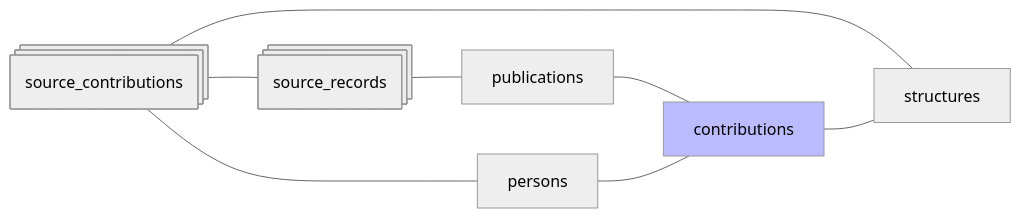
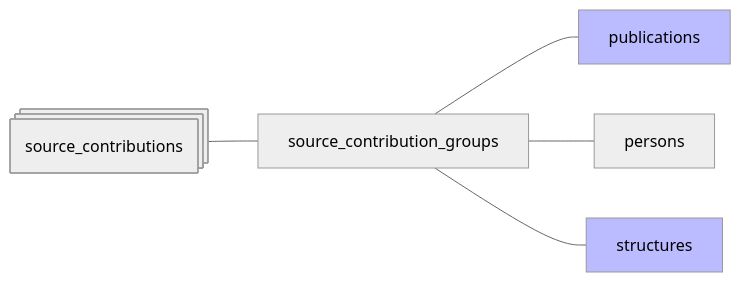
Before and after one commit to Y33sha/bibliometrie-uca: the diagram in docs/pipeline/09-contributions.md, drawn with Mermaid (neutral theme). The commit also changed other lines of this file and 49 other files, not shown here.

````diff
--- a/docs/pipeline/09-contributions.md
+++ b/docs/pipeline/09-contributions.md
@@ -5,12 +5,9 @@
 ```mermaid
 flowchart LR
-    F@{shape: procs, label: "source_contributions"}---E
-    E@{shape: procs, label: "source_records"}---A
-    F---C
-    F---D
-    A[publications]---B[contributions]
-    C[persons]---B
-    B---D[structures]
+    F@{shape: procs, label: "source_contributions"}---G
+    G[source_contribution_groups]---A[publications]
+    G---C[persons]
+    G---D[structures]
     classDef new  fill:#bbf
-    class B new;
+    class A,D new;
 ```
````
